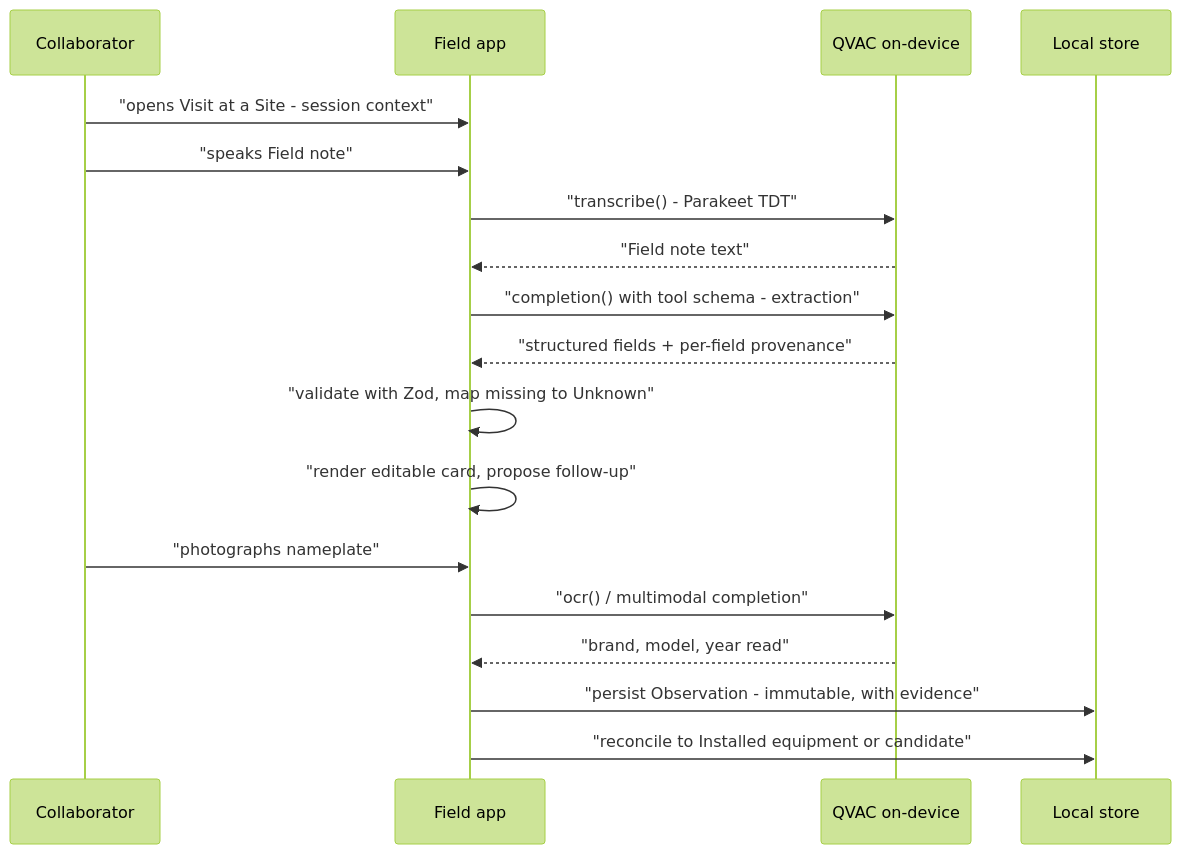
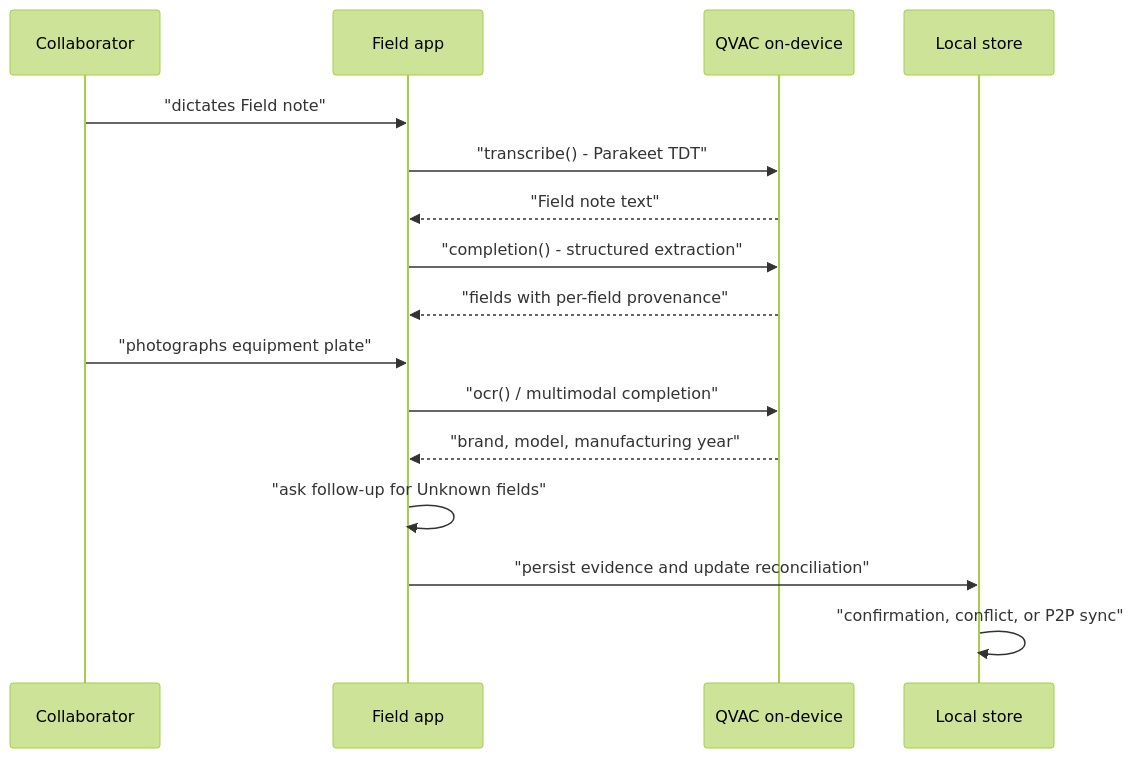
The fourth of 7 diagrams in docs/proposal-solution.md (quantumquirkxyz/Caffeine-Express), drawn with Mermaid (forest theme) before and after one commit. The commit also changed other lines of this file, not shown here.

Commit message:
Separate MVP and post-MVP solution flows

````diff
--- a/docs/proposal-solution.md
+++ b/docs/proposal-solution.md
@@ -116,20 +148,18 @@
 ```mermaid
 sequenceDiagram
     participant C as Collaborator
     participant App as Field app
     participant Q as QVAC on-device
     participant Store as Local store
-    C->>App: "opens Visit at a Site - session context"
-    C->>App: "speaks Field note"
+    C->>App: "dictates Field note"
     App->>Q: "transcribe() - Parakeet TDT"
     Q-->>App: "Field note text"
-    App->>Q: "completion() with tool schema - extraction"
-    Q-->>App: "structured fields + per-field provenance"
-    App->>App: "validate with Zod, map missing to Unknown"
-    App->>App: "render editable card, propose follow-up"
-    C->>App: "photographs nameplate"
+    App->>Q: "completion() - structured extraction"
+    Q-->>App: "fields with per-field provenance"
+    C->>App: "photographs equipment plate"
     App->>Q: "ocr() / multimodal completion"
-    Q-->>App: "brand, model, year read"
-    App->>Store: "persist Observation - immutable, with evidence"
-    App->>Store: "reconcile to Installed equipment or candidate"
+    Q-->>App: "brand, model, manufacturing year"
+    App->>App: "ask follow-up for Unknown fields"
+    App->>Store: "persist evidence and update reconciliation"
+    Store->>Store: "confirmation, conflict, or P2P sync"
 ```
````
